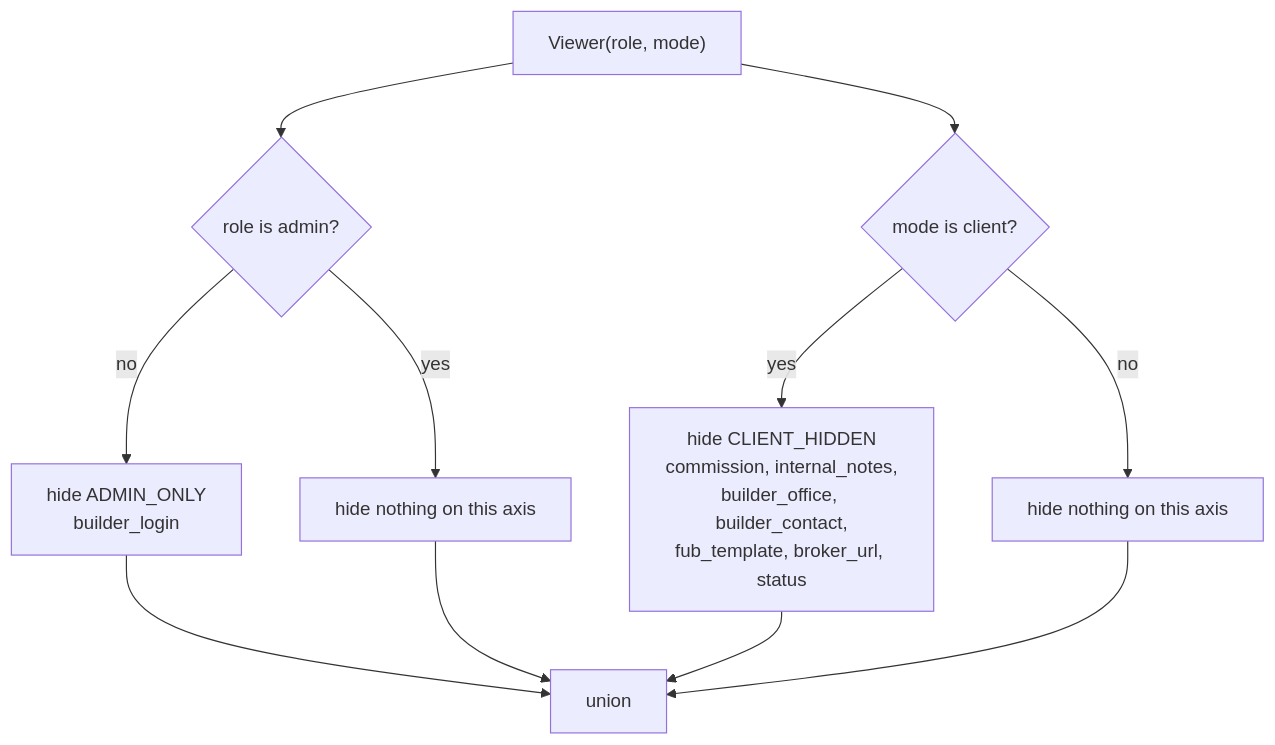
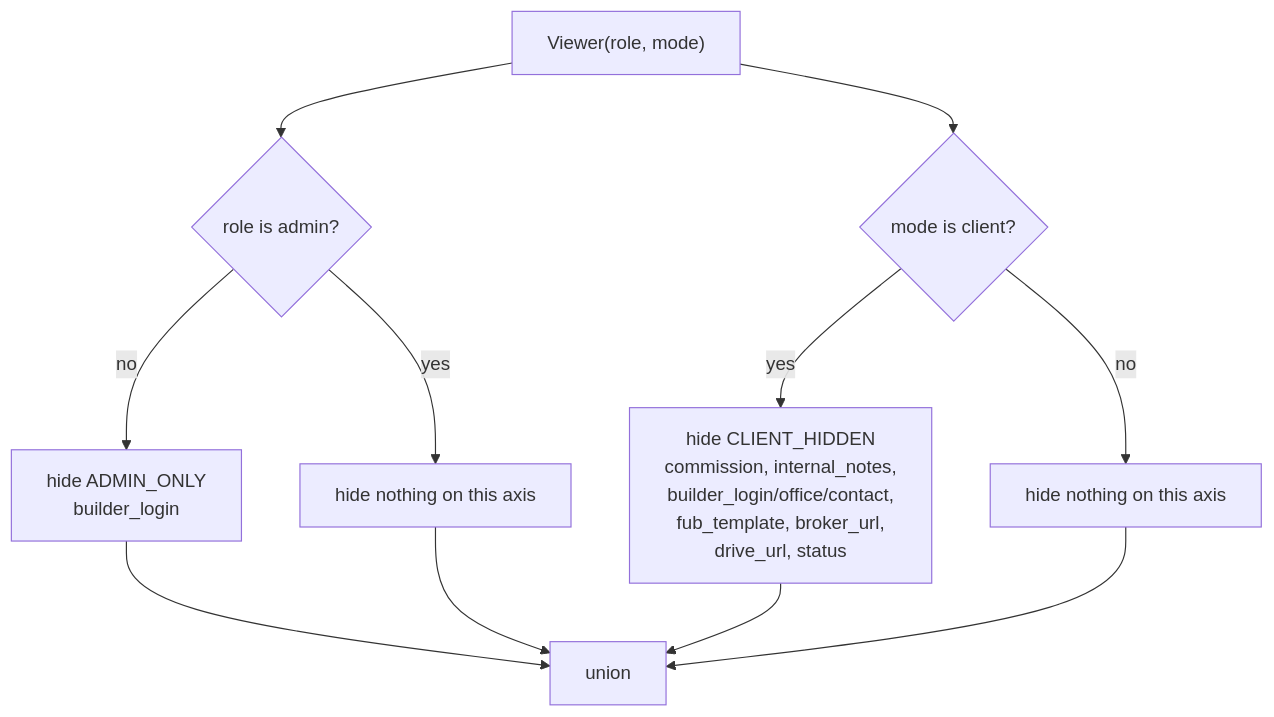
Before and after one commit to aurakeyrealty/Realtor-Portal: the sixth of 14 diagrams in docs/aura-chat/how-it-works.md, drawn with Mermaid. The commit also changed other lines of this file and 4 other files, not shown here.

````diff
--- a/docs/aura-chat/how-it-works.md
+++ b/docs/aura-chat/how-it-works.md
@@ -614,13 +749,13 @@
 ```mermaid
 flowchart TD
     V["Viewer(role, mode)"] --> RQ{"role is admin?"}
     RQ -->|no| A["hide ADMIN_ONLY<br/>builder_login"]
     RQ -->|yes| N1["hide nothing on this axis"]
     V --> MQ{"mode is client?"}
-    MQ -->|yes| B["hide CLIENT_HIDDEN<br/>commission, internal_notes,<br/>builder_office, builder_contact,<br/>fub_template, broker_url, status"]
+    MQ -->|yes| B["hide CLIENT_HIDDEN<br/>commission, internal_notes,<br/>builder_login/office/contact,<br/>fub_template, broker_url,<br/>drive_url, status"]
     MQ -->|no| N2["hide nothing on this axis"]
     A --> U["union"]
     N1 --> U
     B --> U
     N2 --> U
 ```
````
